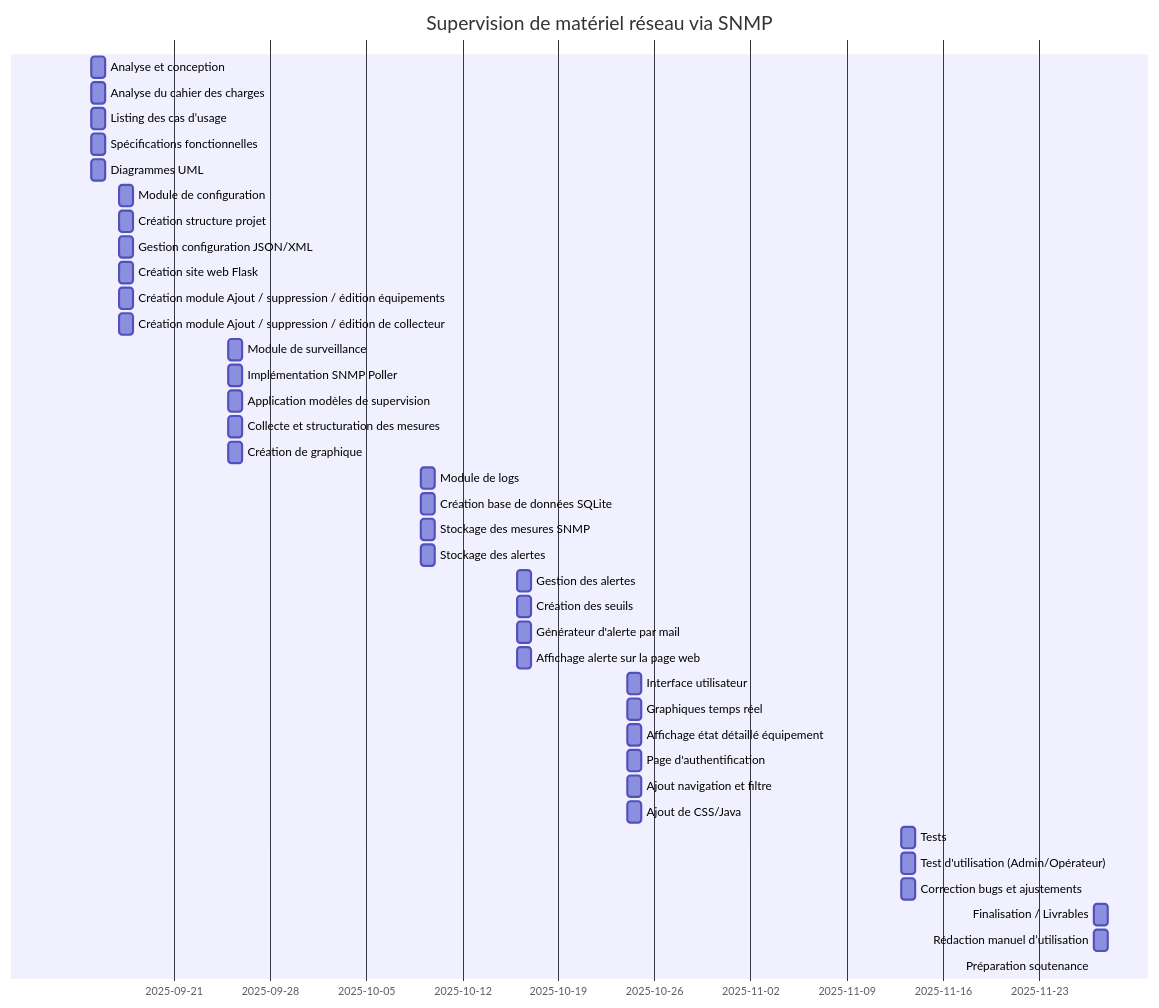
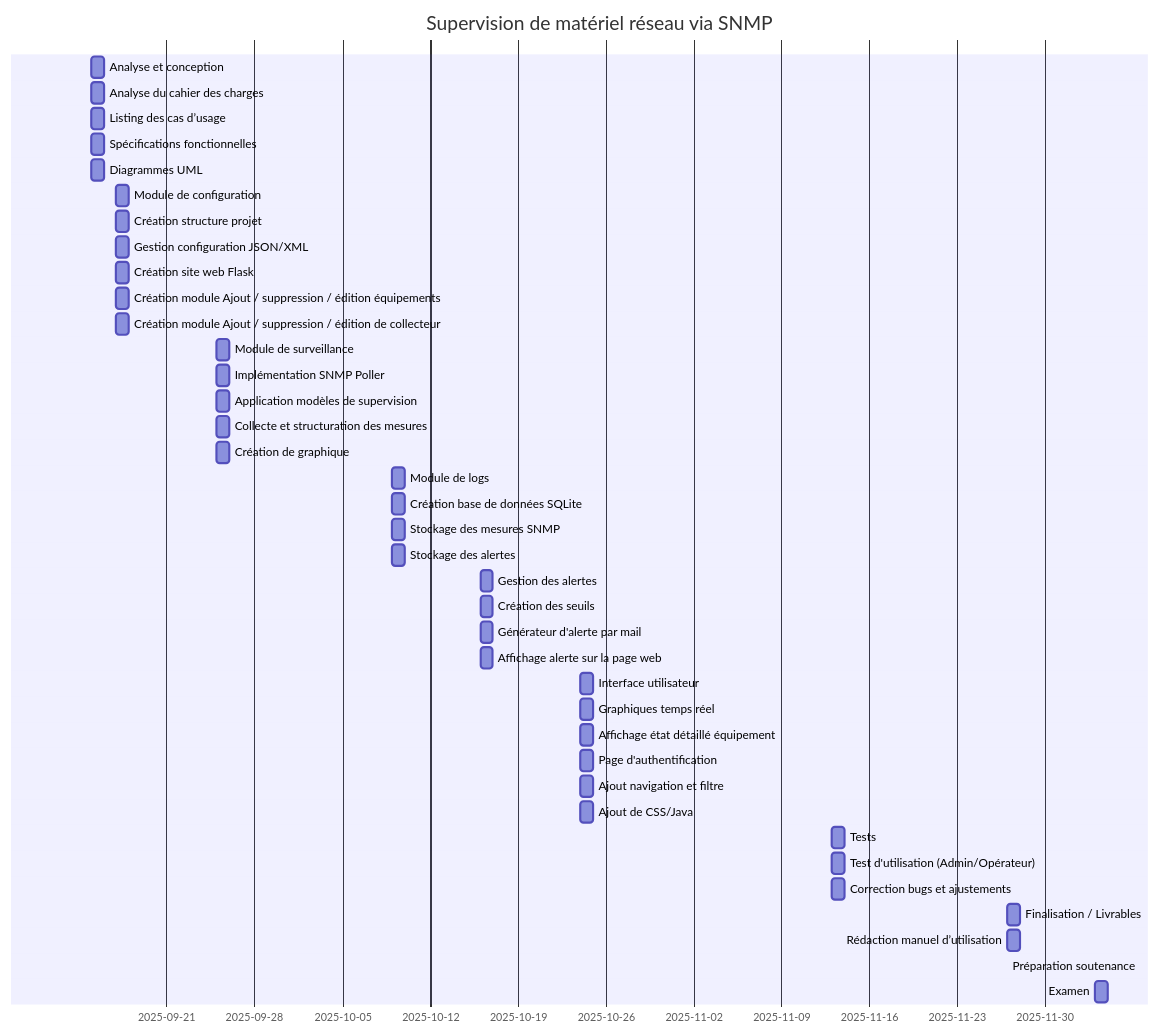
One commit to Noe-GAVILLET/Projet_supervision_reseau changed the diagram in README.md. Above: the diagram before and after it, drawn with Mermaid.

Commit message:
Add exam date to project timeline in README

````diff
--- a/README.md
+++ b/README.md
@@ -63,41 +63,42 @@
 ```mermaid
 gantt
     dateFormat  YYYY-MM-DD
     title Supervision de matériel réseau via SNMP
     Analyse et conception : 0, 2025-09-15, 1d
     Analyse du cahier des charges : 9, 2025-09-15, 1d
     Listing des cas d’usage : 12, 2025-09-15, 1d
     Spécifications fonctionnelles : 11, 2025-09-15, 1d
     Diagrammes UML : 10, 2025-09-15, 1d
     Module de configuration : 1, 2025-09-17, 1d
     Création structure projet : 13, 2025-09-17, 1d
     Gestion configuration JSON/XML : 14, 2025-09-17, 1d
     Création site web Flask : 15, 2025-09-17, 1d
     Création module Ajout / suppression / édition équipements : 17, 2025-09-17, 1d
     Création module Ajout / suppression / édition de collecteur : 18, 2025-09-17, 1d
     Module de surveillance : 2, 2025-09-25, 1d
     Implémentation SNMP Poller : 20, 2025-09-25, 1d
     Application modèles de supervision : 19, 2025-09-25, 1d
     Collecte et structuration des mesures : 21, 2025-09-25, 1d
     Création de graphique : 22, 2025-09-25, 1d
     Module de logs : 3, 2025-10-09, 1d
     Création base de données SQLite : 23, 2025-10-09, 1d
     Stockage des mesures SNMP : 24, 2025-10-09, 1d
     Stockage des alertes : 26, 2025-10-09, 1d
     Gestion des alertes : 4, 2025-10-16, 1d
     Création des seuils : 25, 2025-10-16, 1d
     Générateur d'alerte par mail : 27, 2025-10-16, 1d
     Affichage alerte sur la page web : 28, 2025-10-16, 1d
     Interface utilisateur : 5, 2025-10-24, 1d
     Graphiques temps réel : 33, 2025-10-24, 1d
     Affichage état détaillé équipement : 32, 2025-10-24, 1d
     Page d'authentification : 30, 2025-10-24, 1d
     Ajout navigation et filtre : 29, 2025-10-24, 1d
     Ajout de CSS/Java : 31, 2025-10-24, 1d
     Tests : 6, 2025-11-13, 1d
     Test d'utilisation (Admin/Opérateur) : 37, 2025-11-13, 1d
     Correction bugs et ajustements : 34, 2025-11-13, 1d
     Finalisation / Livrables : 8, 2025-11-27, 1d
     Rédaction manuel d’utilisation : 35, 2025-11-27, 1d
     Préparation soutenance : 36, 2025-11-27, 0d
+    Examen : 9, 2025-12-04, 1d
 ```
````
